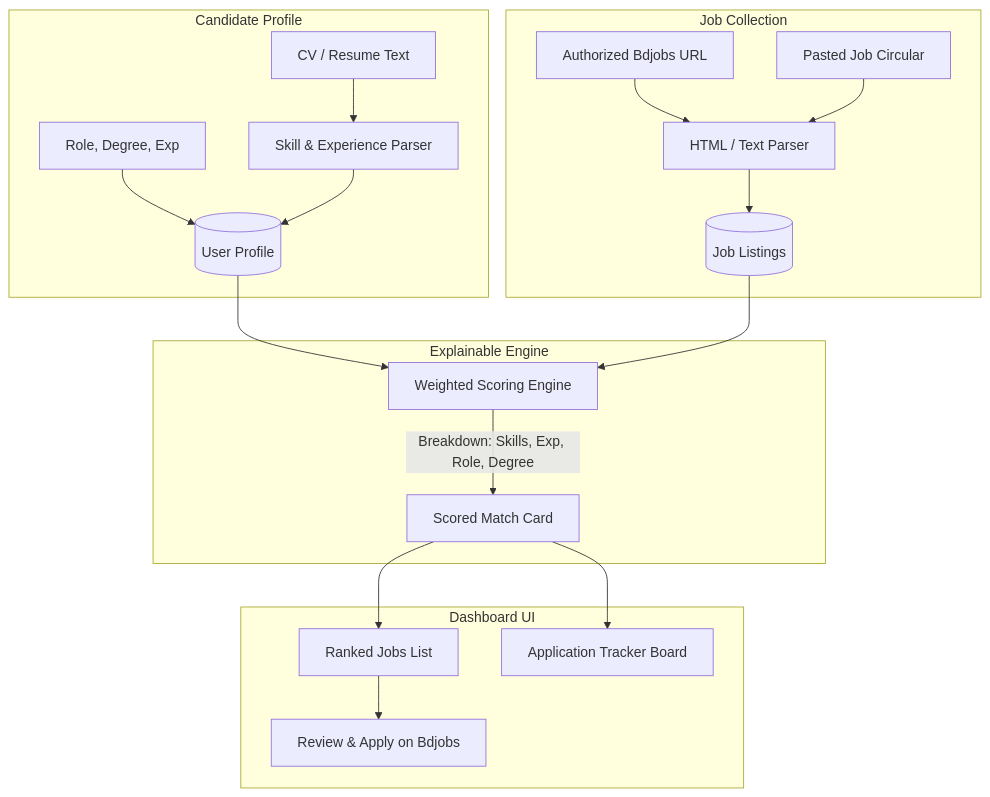
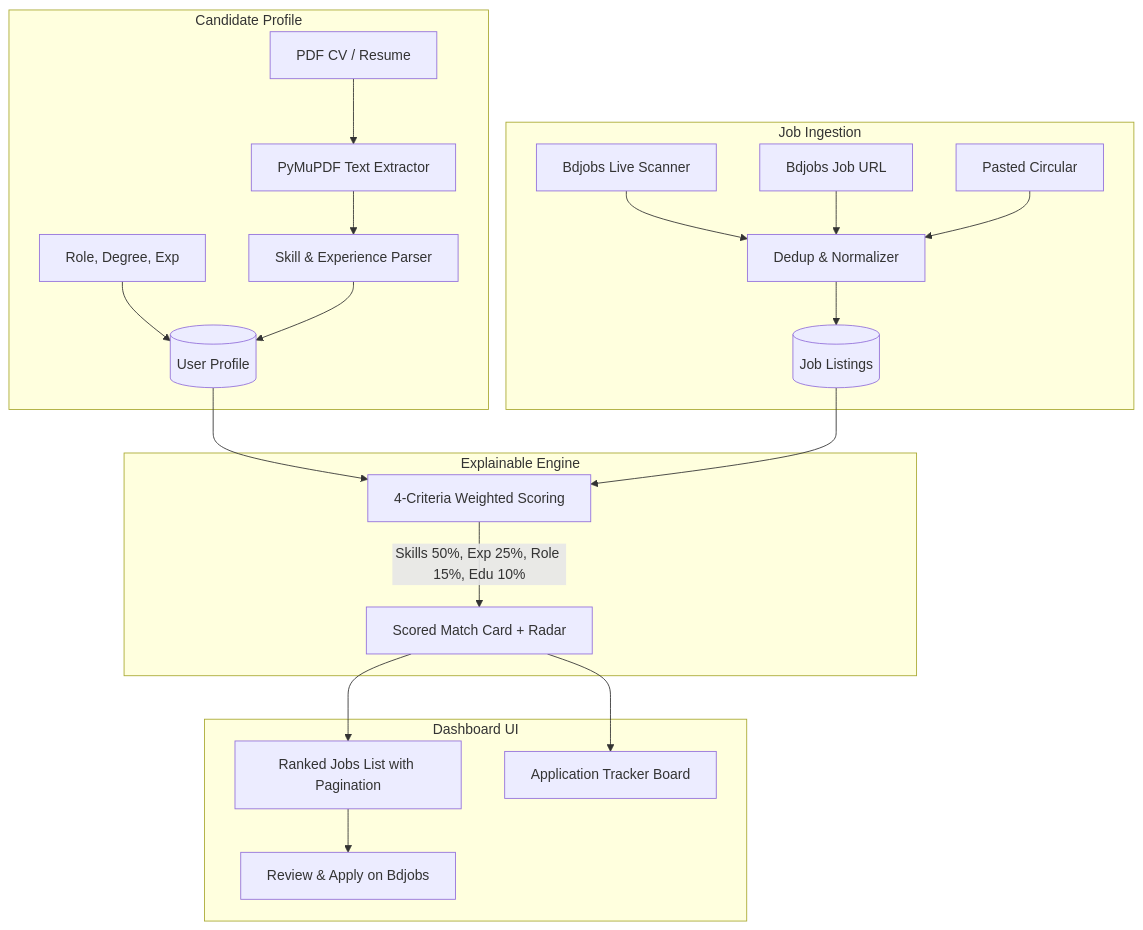
One commit to marufahmedanik/AI-Job-Matching-Application-Tracker changed the diagram in README.md. Above: the diagram before and after it, drawn with Mermaid. The commit also changed other lines of this file and 10 other files, not shown here.

Commit message:
feat: implement live Bdjobs scanner, sync endpoint, CI workflow, and update docs

````diff
--- a/README.md
+++ b/README.md
@@ -37,26 +50,28 @@
 ```mermaid
 flowchart TD
     subgraph Candidate Profile
-        CV[CV / Resume Text] --> SkillExtract[Skill & Experience Parser]
+        CV[PDF CV / Resume] --> PyMuPDF[PyMuPDF Text Extractor]
+        PyMuPDF --> SkillExtract[Skill & Experience Parser]
         Preferences[Role, Degree, Exp] --> ProfileDB[(User Profile)]
         SkillExtract --> ProfileDB
     end
 
-    subgraph Job Collection
-        URL[Authorized Bdjobs URL] --> Parser[HTML / Text Parser]
-        Paste[Pasted Job Circular] --> Parser
-        Parser --> JobDB[(Job Listings)]
+    subgraph Job Ingestion
+        LiveScanner[Bdjobs Live Scanner] --> Ingest[Dedup & Normalizer]
+        URL[Bdjobs Job URL] --> Ingest
+        Paste[Pasted Circular] --> Ingest
+        Ingest --> JobDB[(Job Listings)]
     end
 
     subgraph Explainable Engine
-        ProfileDB --> Matcher[Weighted Scoring Engine]
+        ProfileDB --> Matcher[4-Criteria Weighted Scoring]
         JobDB --> Matcher
-        Matcher -->|Breakdown: Skills, Exp, Role, Degree| ScoredJob[Scored Match Card]
+        Matcher -->|Skills 50%, Exp 25%, Role 15%, Edu 10%| ScoredJob[Scored Match Card + Radar]
     end
 
     subgraph Dashboard UI
-        ScoredJob --> RankedView[Ranked Jobs List]
+        ScoredJob --> RankedView[Ranked Jobs List with Pagination]
         ScoredJob --> Kanban[Application Tracker Board]
         RankedView --> ApplyLink[Review & Apply on Bdjobs]
     end
 ```
````
